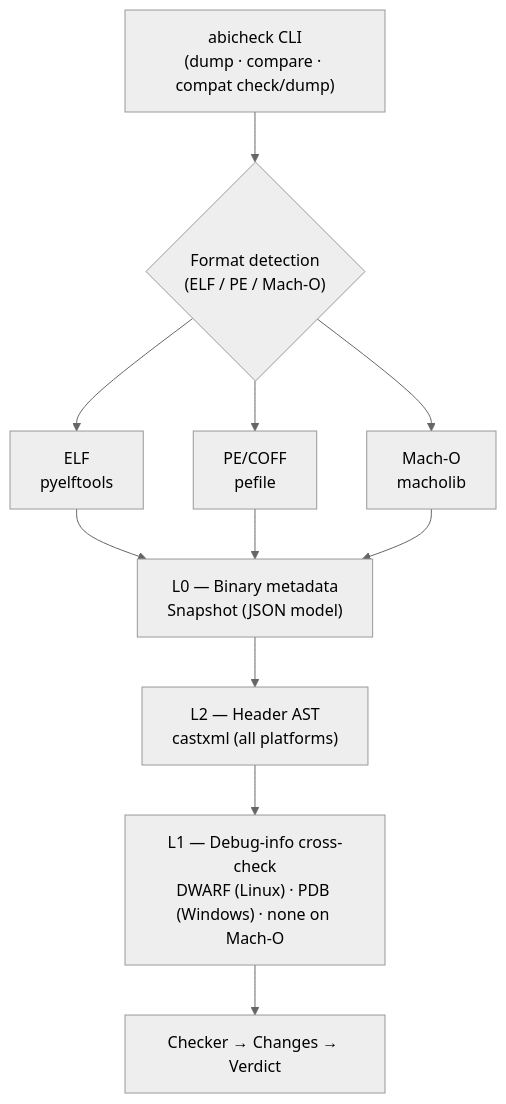
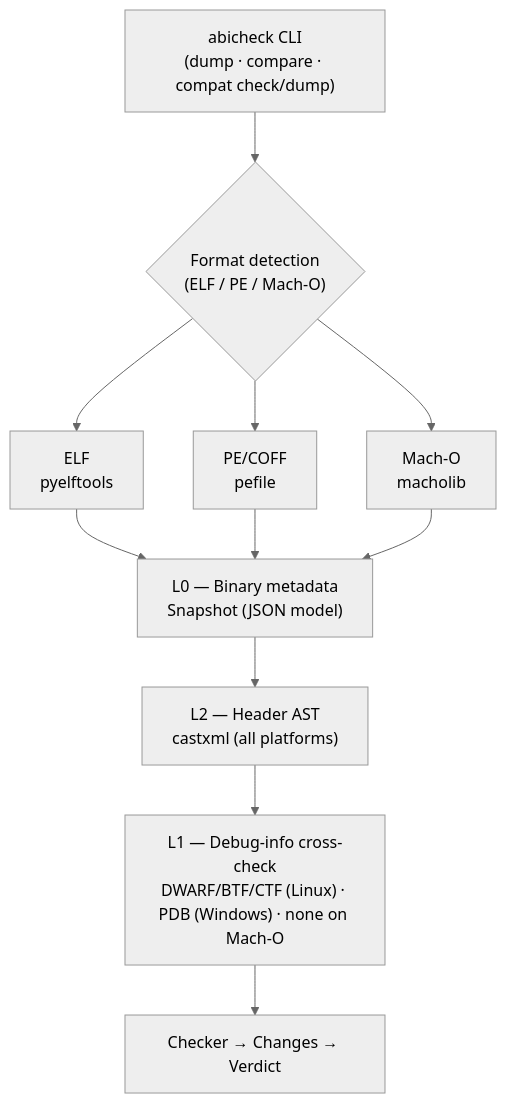
The diagram in docs/learn/architecture.md (abicheck/abicheck), drawn with Mermaid (neutral theme) before and after one commit. The commit also changed other lines of this file and 3 other files, not shown here.

````diff
--- a/docs/learn/architecture.md
+++ b/docs/learn/architecture.md
@@ -44,23 +44,23 @@
 ```mermaid
 flowchart TD
     CLI["abicheck CLI<br/>(dump · compare · compat check/dump)"]
     FMT{"Format detection<br/>(ELF / PE / Mach-O)"}
     ELF["ELF<br/>pyelftools"]
     PE["PE/COFF<br/>pefile"]
     MACHO["Mach-O<br/>macholib"]
     SNAP["L0 — Binary metadata<br/>Snapshot (JSON model)"]
     AST["L2 — Header AST<br/>castxml (all platforms)"]
-    DBG["L1 — Debug-info cross-check<br/>DWARF (Linux) · PDB (Windows) · none on Mach-O"]
+    DBG["L1 — Debug-info cross-check<br/>DWARF/BTF/CTF (Linux) · PDB (Windows) · none on Mach-O"]
     CHK["Checker → Changes → Verdict"]
 
     CLI --> FMT
     FMT --> ELF
     FMT --> PE
     FMT --> MACHO
     ELF --> SNAP
     PE --> SNAP
     MACHO --> SNAP
     SNAP --> AST
     AST --> DBG
     DBG --> CHK
 ```
````
